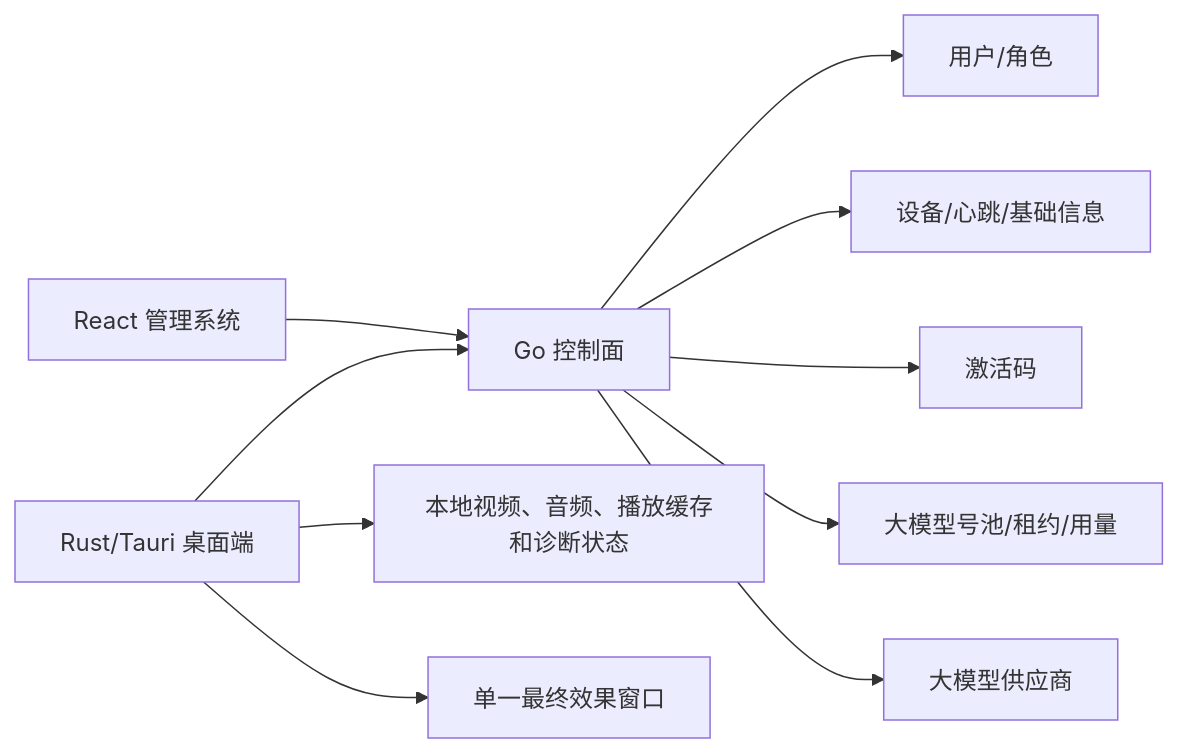
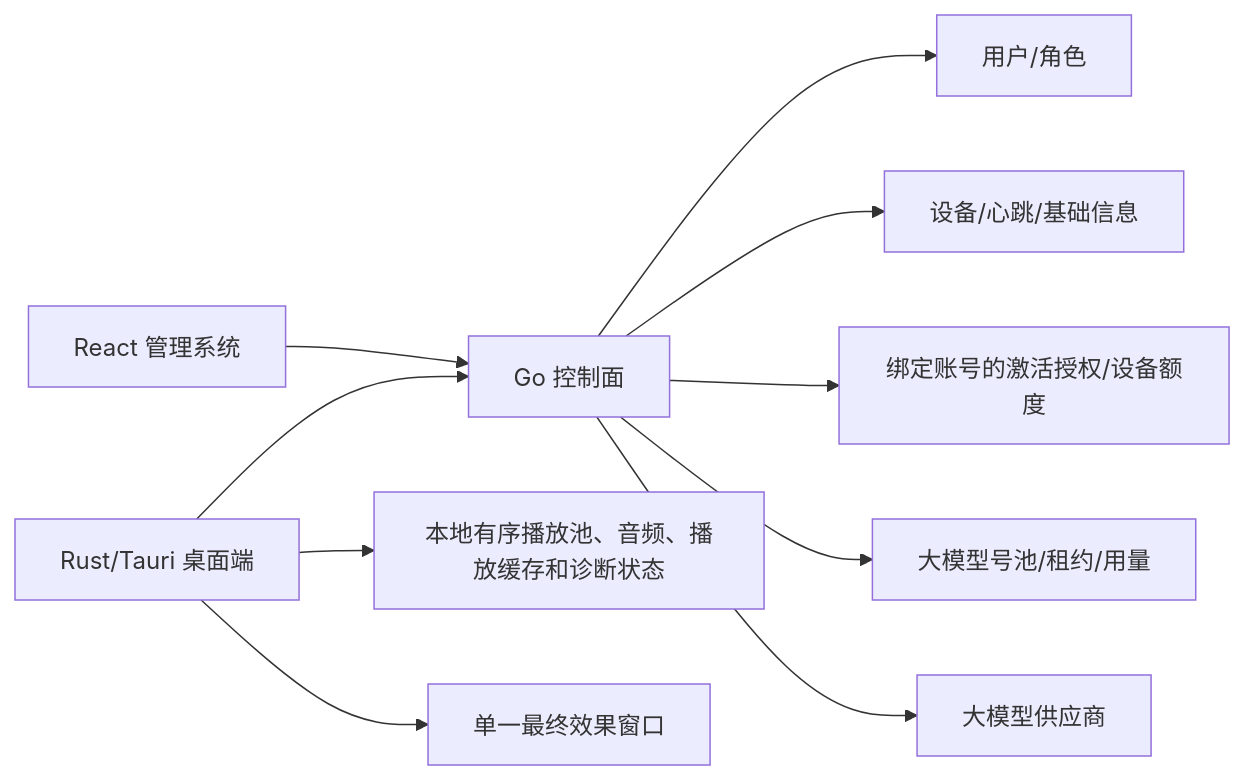
One commit to asd494235908/autolive changed the fifth of 5 diagrams in 桌面端功能流程图.md. Above: the diagram before and after it, drawn with Mermaid. The commit also changed other lines of this file and 212 other files, not shown here.

Commit message:
feat: complete desktop media pipeline and activation flow

````diff
--- a/桌面端功能流程图.md
+++ b/桌面端功能流程图.md
@@ -104,12 +158,12 @@
 ```mermaid
 flowchart LR
     Admin[React 管理系统] --> Go[Go 控制面]
     Go --> User[用户/角色]
     Go --> Device[设备/心跳/基础信息]
-    Go --> Activation[激活码]
+    Go --> Activation[绑定账号的激活授权/设备额度]
     Go --> Pool[大模型号池/租约/用量]
     Desktop[Rust/Tauri 桌面端] --> Go
-    Desktop --> Local[本地视频、音频、播放缓存和诊断状态]
+    Desktop --> Local[本地有序播放池、音频、播放缓存和诊断状态]
     Desktop --> Popup[单一最终效果窗口]
     Go --> Provider[大模型供应商]
 ```
````
